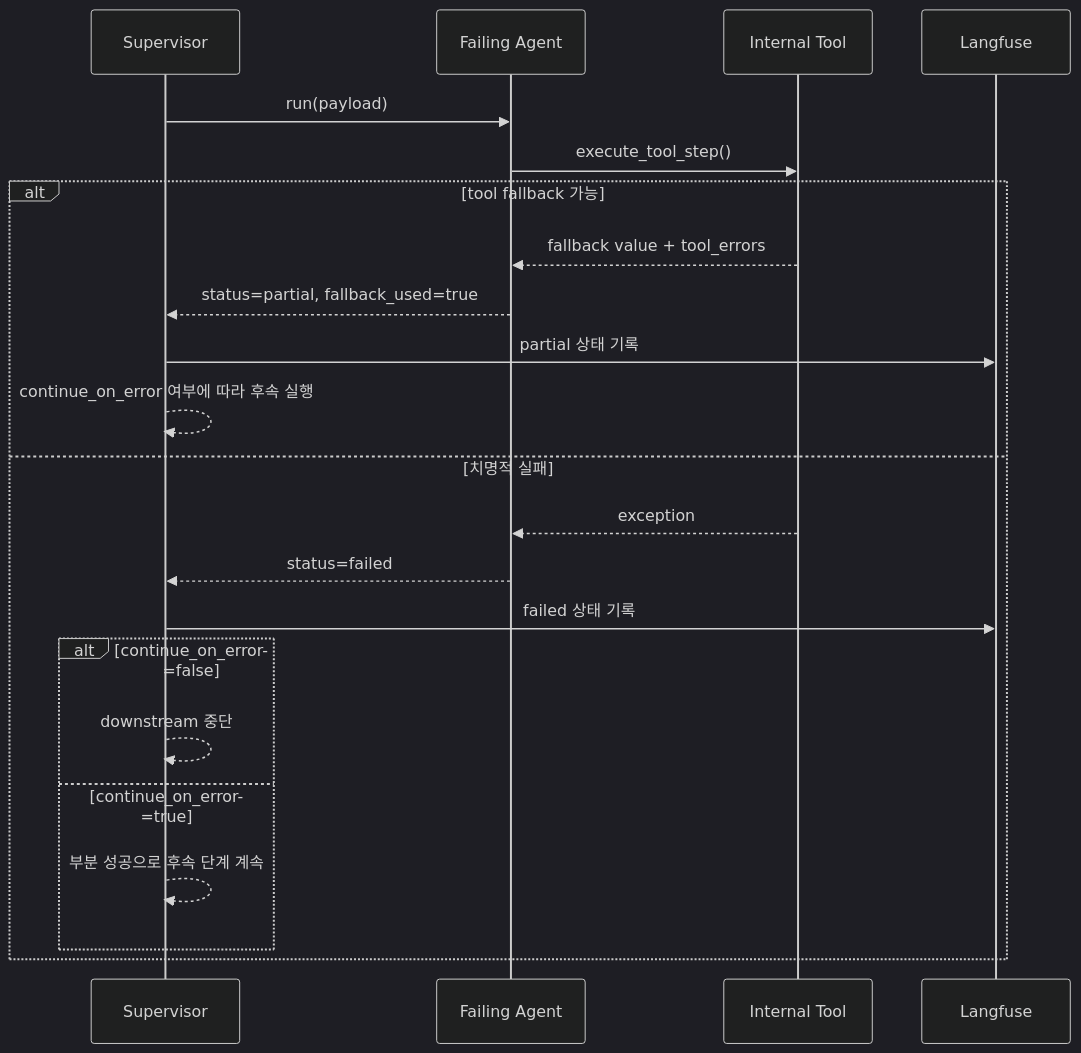
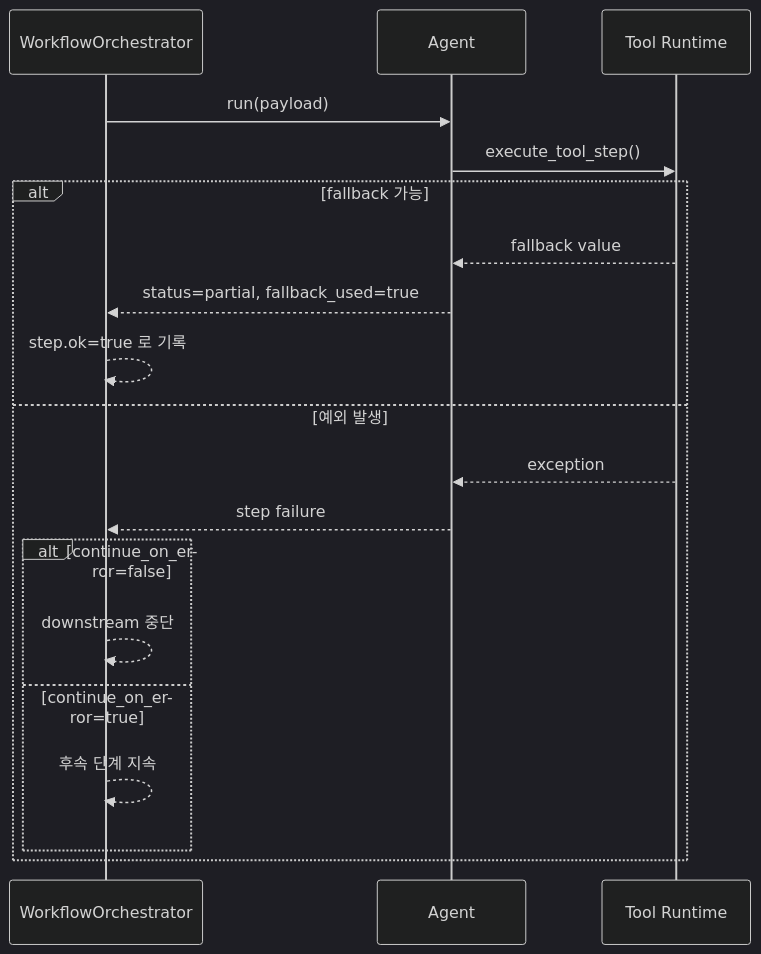
Before and after one commit to hypoxisaurea/FinAgent-SME: the second of 3 diagrams in docs/design/sequence-diagram.md, drawn with Mermaid (dark theme). The commit also changed other lines of this file and 16 other files, not shown here.

````diff
--- a/docs/design/sequence-diagram.md
+++ b/docs/design/sequence-diagram.md
@@ -91,26 +78,23 @@
 ```mermaid
 sequenceDiagram
-    participant SUP as Supervisor
-    participant AG as Failing Agent
-    participant TOOL as Internal Tool
-    participant LF as Langfuse
+    participant ORCH as WorkflowOrchestrator
+    participant AG as Agent
+    participant TOOL as Tool Runtime
 
-    SUP->>AG: run(payload)
+    ORCH->>AG: run(payload)
     AG->>TOOL: execute_tool_step()
 
-    alt tool fallback 가능
-        TOOL-->>AG: fallback value + tool_errors
-        AG-->>SUP: status=partial, fallback_used=true
-        SUP->>LF: partial 상태 기록
-        SUP-->>SUP: continue_on_error 여부에 따라 후속 실행
-    else 치명적 실패
+    alt fallback 가능
+        TOOL-->>AG: fallback value
+        AG-->>ORCH: status=partial, fallback_used=true
+        ORCH-->>ORCH: step.ok=true 로 기록
+    else 예외 발생
         TOOL-->>AG: exception
-        AG-->>SUP: status=failed
-        SUP->>LF: failed 상태 기록
+        AG-->>ORCH: step failure
         alt continue_on_error=false
-            SUP-->>SUP: downstream 중단
+            ORCH-->>ORCH: downstream 중단
         else continue_on_error=true
-            SUP-->>SUP: 부분 성공으로 후속 단계 계속
+            ORCH-->>ORCH: 후속 단계 지속
         end
     end
 ```
````
